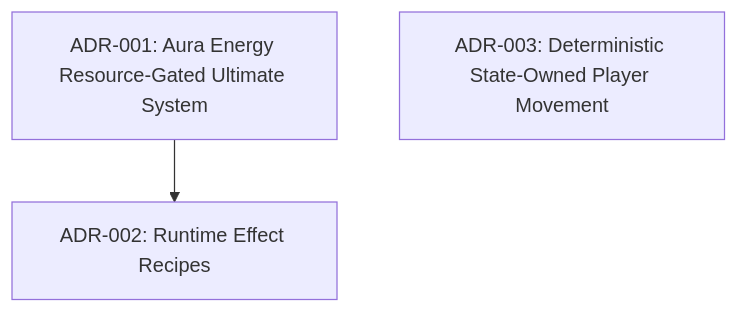
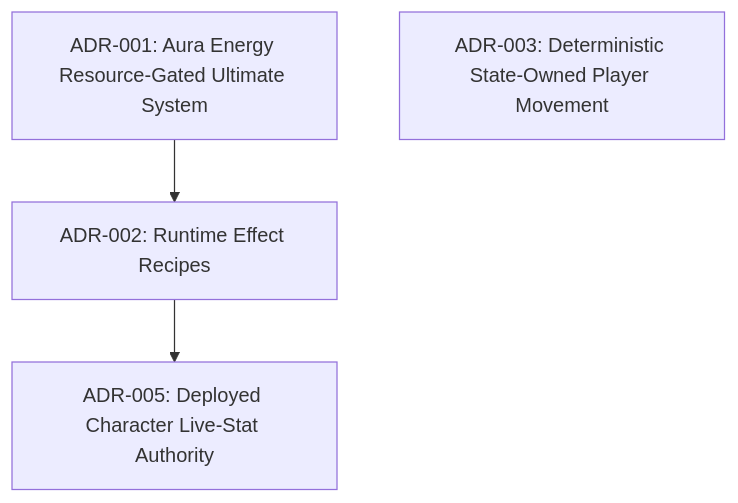
One commit to NattaponKhuenkeaw/Thesis_ changed the diagram in Docs_JJK/3_Outputs/ADRs/README.md. Above: the diagram before and after it, drawn with Mermaid. The commit also changed other lines of this file and 77 other files, not shown here.

First line of the commit message:
feat(combat): implement deployed character live stat authority and authored facing events

````diff
--- a/Docs_JJK/3_Outputs/ADRs/README.md
+++ b/Docs_JJK/3_Outputs/ADRs/README.md
@@ -7,7 +7,9 @@
 ```mermaid
 graph TD
     ADR001["ADR-001: Aura Energy Resource-Gated Ultimate System"]
     ADR002["ADR-002: Runtime Effect Recipes"]
     ADR003["ADR-003: Deterministic State-Owned Player Movement"]
+    ADR005["ADR-005: Deployed Character Live-Stat Authority"]
     ADR001 --> ADR002
+    ADR002 --> ADR005
 ```
````
